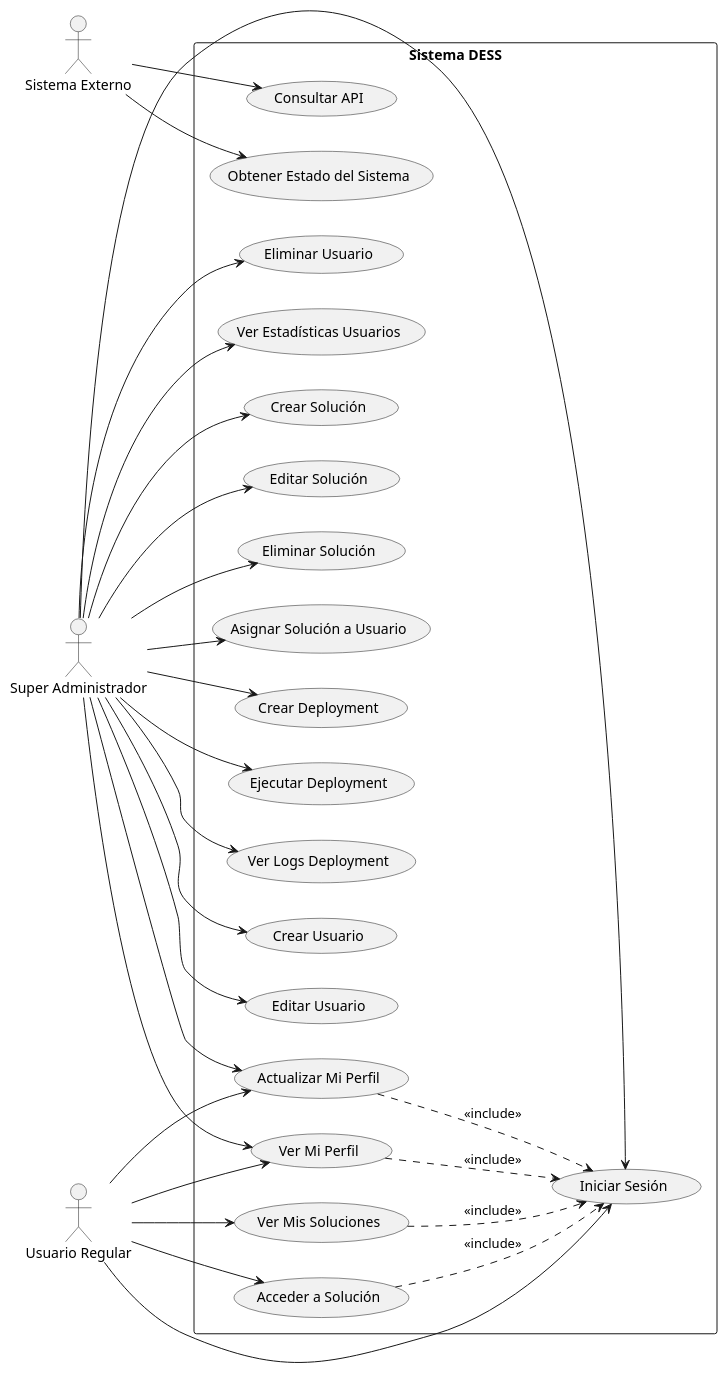
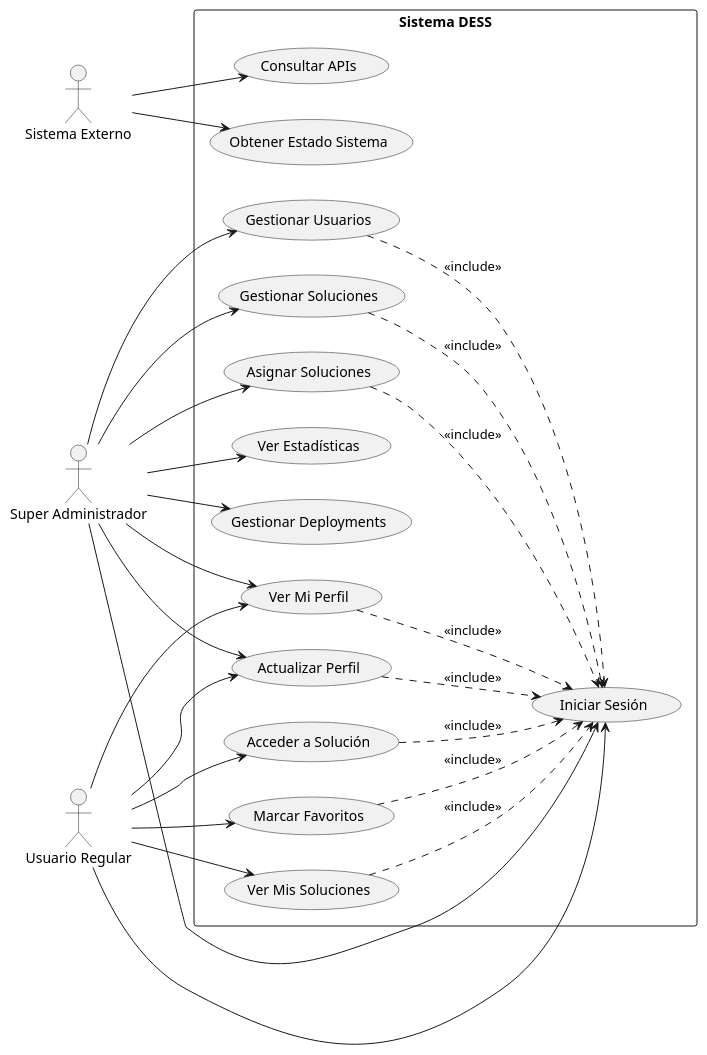
Before and after one commit to KENSHIN11083012/DESS: the fourth of 8 diagrams in DOCUMENTACION_TECNICA_DESS.md, drawn with PlantUML. The commit also changed other lines of this file and 3 other files, not shown here.

````diff
--- a/DOCUMENTACION_TECNICA_DESS.md
+++ b/DOCUMENTACION_TECNICA_DESS.md
@@ -409,71 +415,60 @@
 ```plantuml
 @startuml
 left to right direction
 actor "Super Administrador" as SuperAdmin
 actor "Usuario Regular" as RegularUser
 actor "Sistema Externo" as ExternalSystem
 
 rectangle "Sistema DESS" {
     
-    usecase "Crear Usuario" as CreateUser
-    usecase "Editar Usuario" as EditUser
-    usecase "Eliminar Usuario" as DeleteUser
-    usecase "Ver Estadísticas Usuarios" as ViewUserStats
-    
-    usecase "Crear Solución" as CreateSolution
-    usecase "Editar Solución" as EditSolution
-    usecase "Eliminar Solución" as DeleteSolution
-    usecase "Asignar Solución a Usuario" as AssignSolution
-    
-    usecase "Crear Deployment" as CreateDeployment
-    usecase "Ejecutar Deployment" as ExecuteDeployment
-    usecase "Ver Logs Deployment" as ViewDeploymentLogs
+    usecase "Gestionar Usuarios" as ManageUsers
+    usecase "Gestionar Soluciones" as ManageSolutions
+    usecase "Asignar Soluciones" as AssignSolutions
+    usecase "Ver Estadísticas" as ViewStats
+    usecase "Gestionar Deployments" as ManageDeployments
     
     usecase "Iniciar Sesión" as Login
     usecase "Ver Mi Perfil" as ViewProfile
-    usecase "Actualizar Mi Perfil" as UpdateProfile
+    usecase "Actualizar Perfil" as UpdateProfile
     usecase "Ver Mis Soluciones" as ViewMySolutions
     usecase "Acceder a Solución" as AccessSolution
+    usecase "Marcar Favoritos" as MarkFavorites
     
-    usecase "Consultar API" as QueryAPI
-    usecase "Obtener Estado del Sistema" as GetSystemStatus
+    usecase "Consultar APIs" as QueryAPI
+    usecase "Obtener Estado Sistema" as GetSystemStatus
 }
 
-' Super Administrador - Gestión completa
-SuperAdmin --> CreateUser
-SuperAdmin --> EditUser  
-SuperAdmin --> DeleteUser
-SuperAdmin --> ViewUserStats
-
-SuperAdmin --> CreateSolution
-SuperAdmin --> EditSolution
-SuperAdmin --> DeleteSolution
-SuperAdmin --> AssignSolution
-
-SuperAdmin --> CreateDeployment
-SuperAdmin --> ExecuteDeployment
-SuperAdmin --> ViewDeploymentLogs
-
+' Super Administrador
+SuperAdmin --> ManageUsers
+SuperAdmin --> ManageSolutions
+SuperAdmin --> AssignSolutions
+SuperAdmin --> ViewStats
+SuperAdmin --> ManageDeployments
 SuperAdmin --> Login
 SuperAdmin --> ViewProfile
 SuperAdmin --> UpdateProfile
 
-' Usuario Regular - Acceso limitado
+' Usuario Regular
 RegularUser --> Login
 RegularUser --> ViewProfile
 RegularUser --> UpdateProfile
 RegularUser --> ViewMySolutions
 RegularUser --> AccessSolution
+RegularUser --> MarkFavorites
 
-' Sistema Externo - APIs
+' Sistema Externo
 ExternalSystem --> QueryAPI
 ExternalSystem --> GetSystemStatus
 
 ' Relaciones de inclusión
 ViewMySolutions ..> Login : <<include>>
 AccessSolution ..> Login : <<include>>
 ViewProfile ..> Login : <<include>>
 UpdateProfile ..> Login : <<include>>
+MarkFavorites ..> Login : <<include>>
+ManageUsers ..> Login : <<include>>
+ManageSolutions ..> Login : <<include>>
+AssignSolutions ..> Login : <<include>>
 
 @enduml
 ```
````
